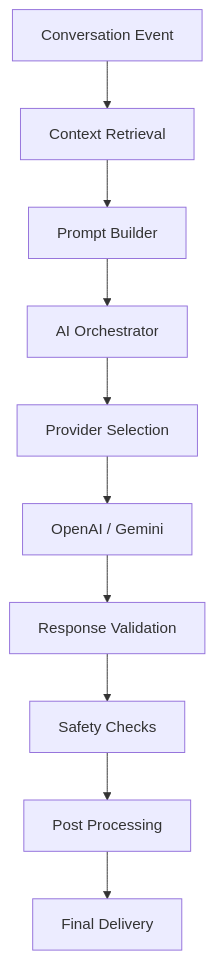
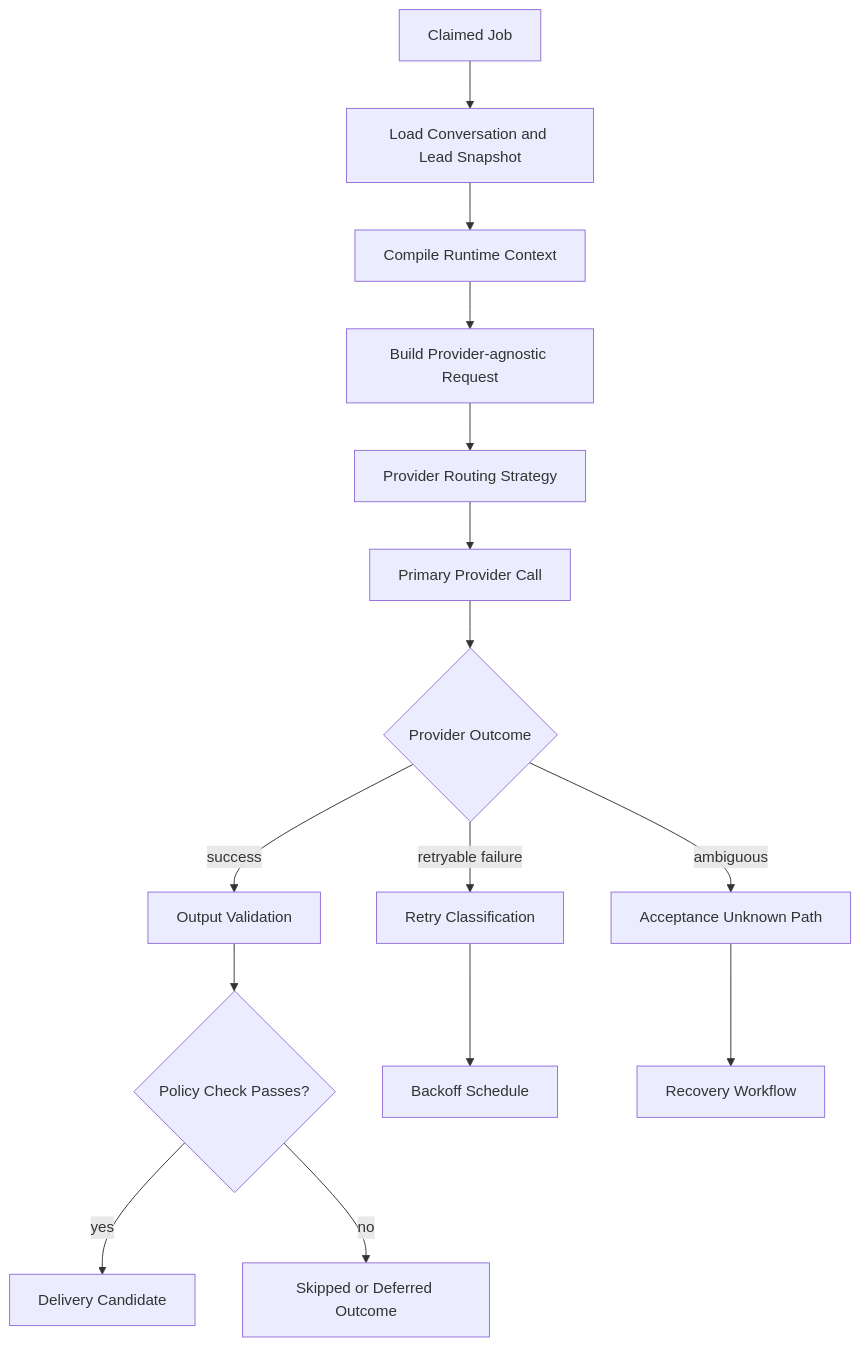
Before and after one commit to Ahsankhalid618/ai-automation-system-design: the diagram in diagrams/ai-orchestration.md, drawn with Mermaid. The commit also changed other lines of this file and 15 other files, not shown here.

````diff
--- a/diagrams/ai-orchestration.md
+++ b/diagrams/ai-orchestration.md
@@ -3,22 +3,20 @@
 ```mermaid
 flowchart TD
+  A[Claimed Job] --> B[Load Conversation and Lead Snapshot]
+  B --> C[Compile Runtime Context]
+  C --> D[Build Provider-agnostic Request]
+  D --> E[Provider Routing Strategy]
+  E --> F[Primary Provider Call]
+  F --> G{Provider Outcome}
 
-A[Conversation Event]
---> B[Context Retrieval]
+  G -->|success| H[Output Validation]
+  G -->|retryable failure| I[Retry Classification]
+  G -->|ambiguous| J[Acceptance Unknown Path]
 
-B --> C[Prompt Builder]
+  H --> K{Policy Check Passes?}
+  K -->|yes| L[Delivery Candidate]
+  K -->|no| M[Skipped or Deferred Outcome]
 
-C --> D[AI Orchestrator]
-
-D --> E[Provider Selection]
-
-E --> F[OpenAI / Gemini]
-
-F --> G[Response Validation]
-
-G --> H[Safety Checks]
-
-H --> I[Post Processing]
-
-I --> J[Final Delivery]
+  I --> N[Backoff Schedule]
+  J --> O[Recovery Workflow]
 ```
````
